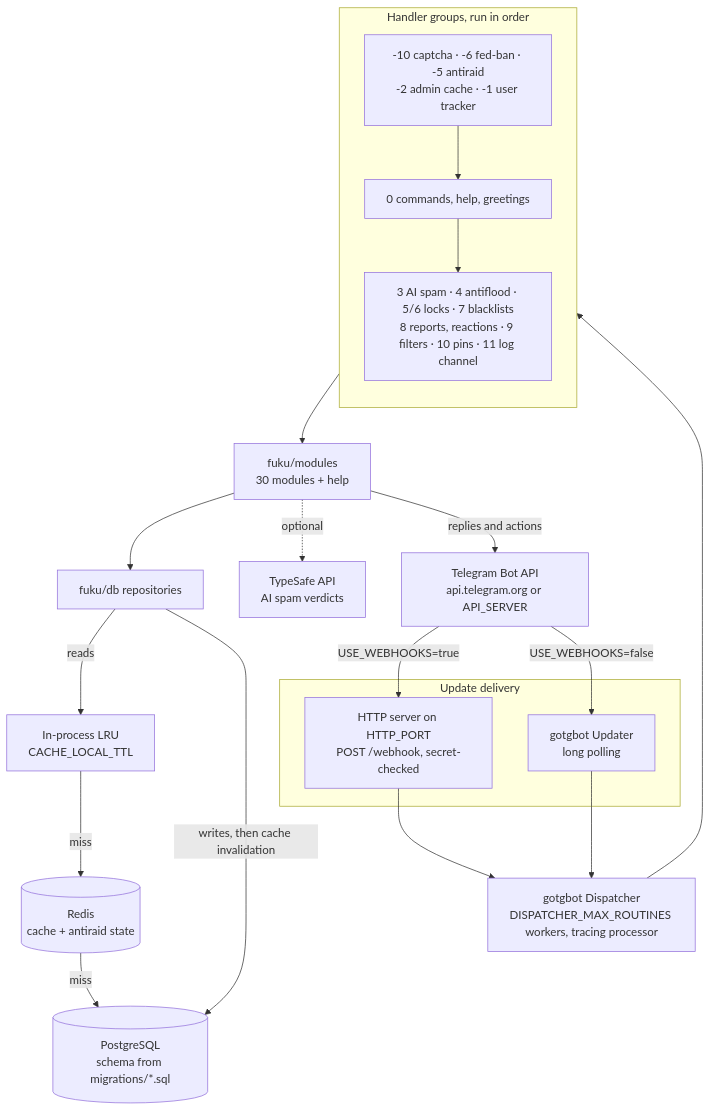
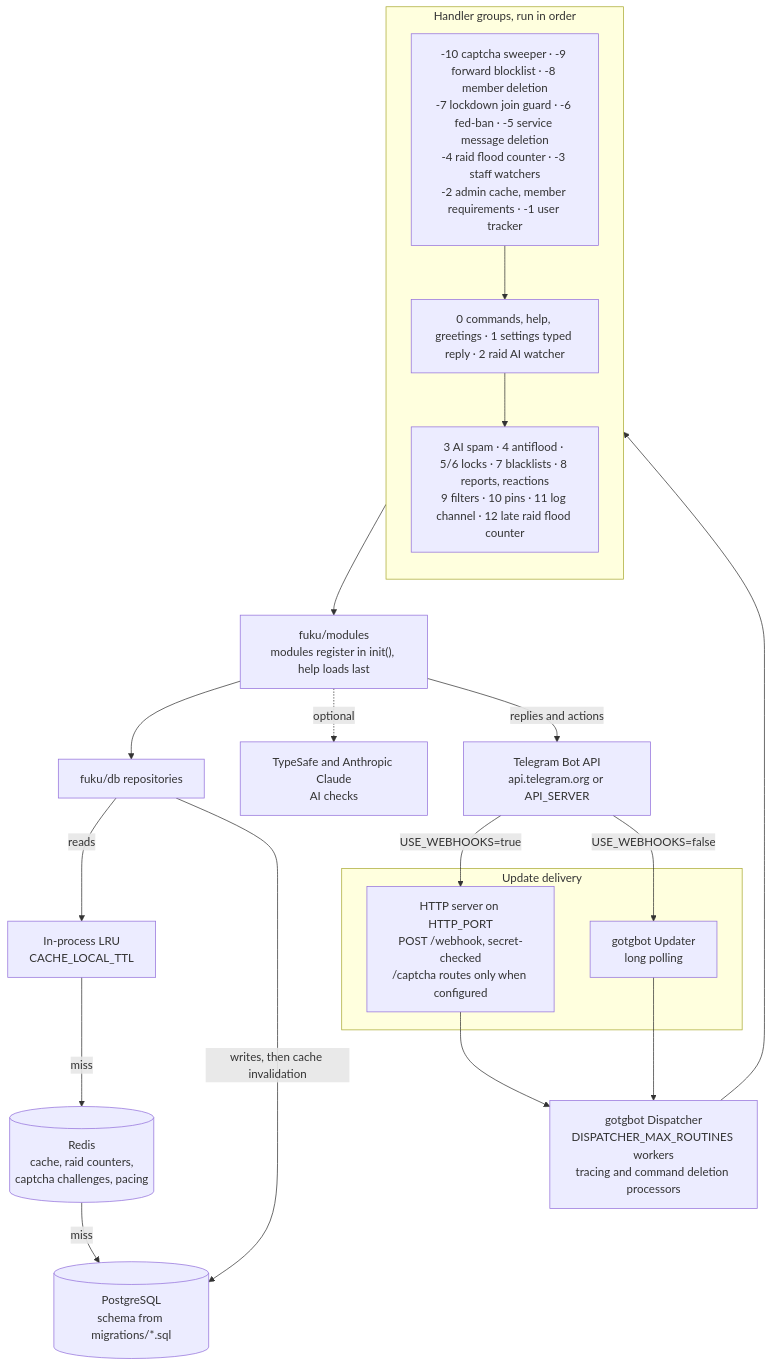
One commit to uasneppy/Fuku_Robot changed the diagram in README.md. Above: the diagram before and after it, drawn with Mermaid. The commit also changed other lines of this file, not shown here.

````diff
--- a/README.md
+++ b/README.md
@@ -569,34 +640,34 @@
 ```mermaid
 flowchart TD
     TG["Telegram Bot API<br/>api.telegram.org or API_SERVER"]
 
     subgraph Delivery["Update delivery"]
-        WH["HTTP server on HTTP_PORT<br/>POST /webhook, secret-checked"]
+        WH["HTTP server on HTTP_PORT<br/>POST /webhook, secret-checked<br/>/captcha routes only when configured"]
         LP["gotgbot Updater<br/>long polling"]
     end
 
     TG -->|"USE_WEBHOOKS=true"| WH
     TG -->|"USE_WEBHOOKS=false"| LP
     WH --> D
     LP --> D
 
-    D["gotgbot Dispatcher<br/>DISPATCHER_MAX_ROUTINES workers, tracing processor"]
+    D["gotgbot Dispatcher<br/>DISPATCHER_MAX_ROUTINES workers<br/>tracing and command deletion processors"]
 
     subgraph Groups["Handler groups, run in order"]
         direction TB
-        G1["-10 captcha · -6 fed-ban · -5 antiraid<br/>-2 admin cache · -1 user tracker"]
-        G2["0 commands, help, greetings"]
-        G3["3 AI spam · 4 antiflood · 5/6 locks · 7 blacklists<br/>8 reports, reactions · 9 filters · 10 pins · 11 log channel"]
+        G1["-10 captcha sweeper · -9 forward blocklist · -8 member deletion<br/>-7 lockdown join guard · -6 fed-ban · -5 service message deletion<br/>-4 raid flood counter · -3 staff watchers<br/>-2 admin cache, member requirements · -1 user tracker"]
+        G2["0 commands, help, greetings · 1 settings typed reply · 2 raid AI watcher"]
+        G3["3 AI spam · 4 antiflood · 5/6 locks · 7 blacklists · 8 reports, reactions<br/>9 filters · 10 pins · 11 log channel · 12 late raid flood counter"]
         G1 --> G2 --> G3
     end
 
     D --> Groups
-    Groups --> M["fuku/modules<br/>30 modules + help"]
+    Groups --> M["fuku/modules<br/>modules register in init(), help loads last"]
     M --> R["fuku/db repositories"]
     R -->|"reads"| L["In-process LRU<br/>CACHE_LOCAL_TTL"]
-    L -->|"miss"| RD[("Redis<br/>cache + antiraid state")]
+    L -->|"miss"| RD[("Redis<br/>cache, raid counters,<br/>captcha challenges, pacing")]
     RD -->|"miss"| PG[("PostgreSQL<br/>schema from migrations/*.sql")]
     R -->|"writes, then cache invalidation"| PG
-    M -.->|"optional"| TS["TypeSafe API<br/>AI spam verdicts"]
+    M -.->|"optional"| AI["TypeSafe and Anthropic Claude<br/>AI checks"]
     M -->|"replies and actions"| TG
 ```
````
